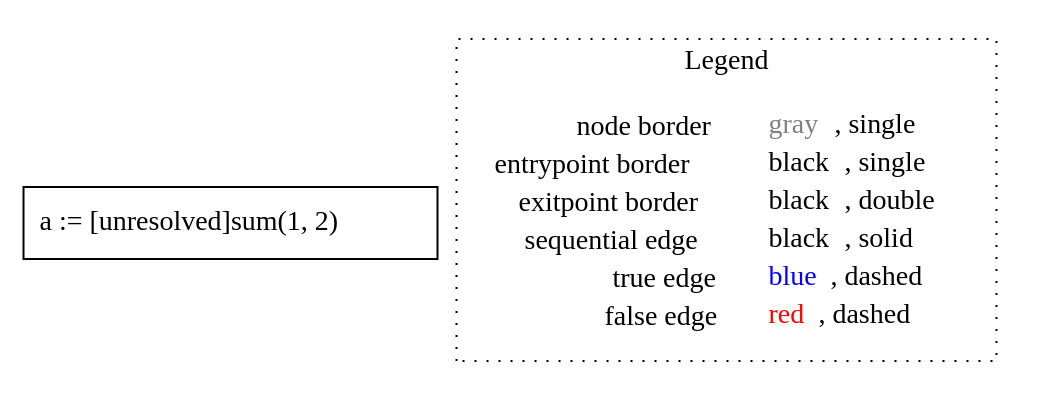
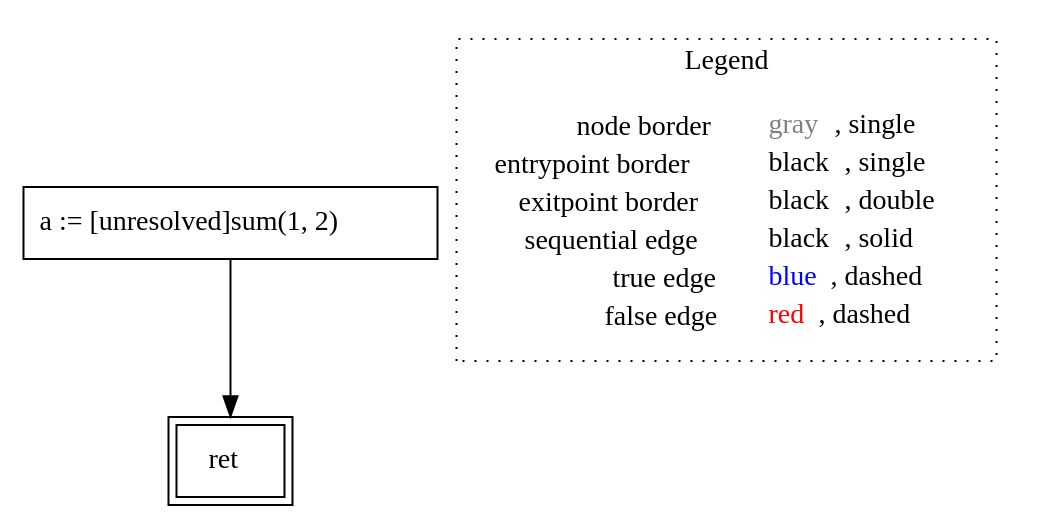
One commit to lisa-analyzer/go-lisa changed the diagram in go-lisa/go-testcases/cfg/tour/untyped_~LiSAProgram.main().dot. Above: the diagram before and after it, drawn with Graphviz. The commit also changed 86 other files, not shown here.

```diff
--- a/go-lisa/go-testcases/cfg/tour/untyped_~LiSAProgram.main().dot
+++ b/go-lisa/go-testcases/cfg/tour/untyped_~LiSAProgram.main().dot
@@ -1,10 +1,12 @@
 digraph {
 	"node0" [shape="rect",color="black",label=<a := [unresolved]sum(1, 2)>];
+	"node1" [shape="rect",color="black",peripheries="2",label=<ret>];
+	"node0" -> "node1" [color="black"];
 subgraph cluster_legend {
 	label="Legend";
 	style=dotted;
 	node [shape=plaintext];
 	"legend" [label=<<table border="0" cellpadding="2" cellspacing="0" cellborder="0"><tr><td align="right">node border&nbsp;</td><td align="left"><font color="gray">gray</font>, single</td></tr><tr><td align="right">entrypoint border&nbsp;</td><td align="left"><font color="black">black</font>, single</td></tr><tr><td align="right">exitpoint border&nbsp;</td><td align="left"><font color="black">black</font>, double</td></tr><tr><td align="right">sequential edge&nbsp;</td><td align="left"><font color="black">black</font>, solid</td></tr><tr><td align="right">true edge&nbsp;</td><td align="left"><font color="blue">blue</font>, dashed</td></tr><tr><td align="right">false edge&nbsp;</td><td align="left"><font color="red">red</font>, dashed</td></tr></table>>];
 }
 
 }
```
